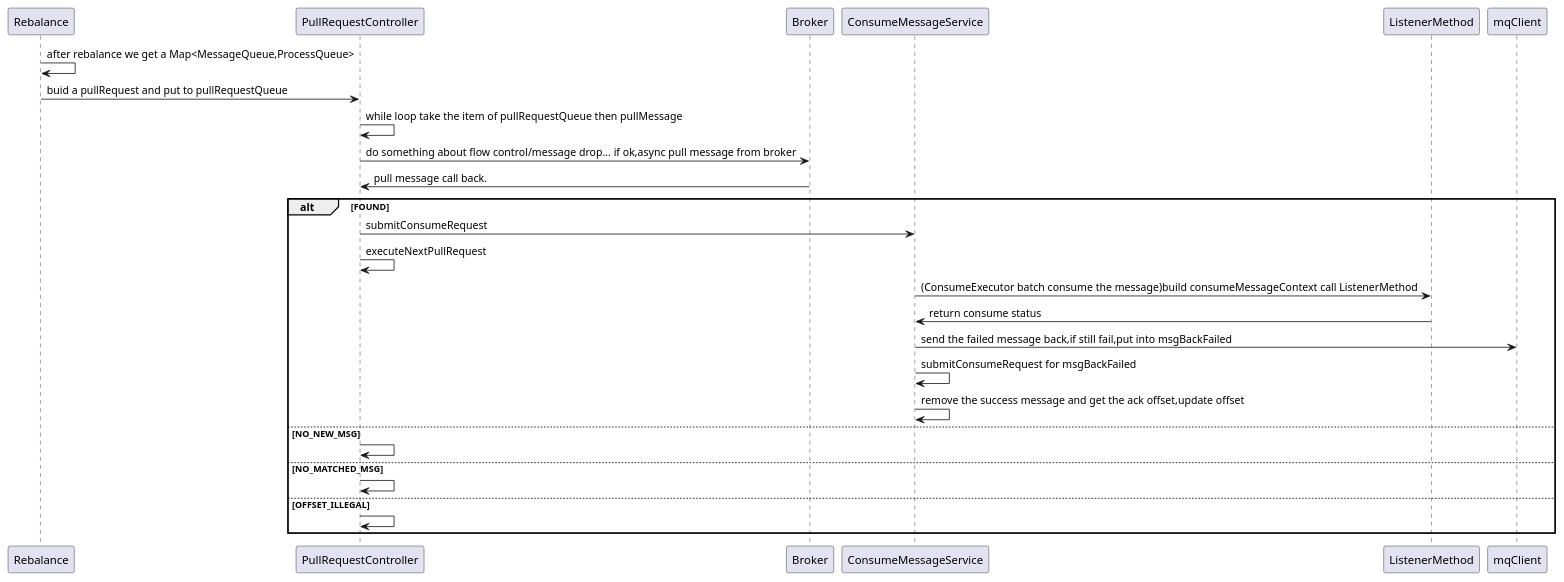
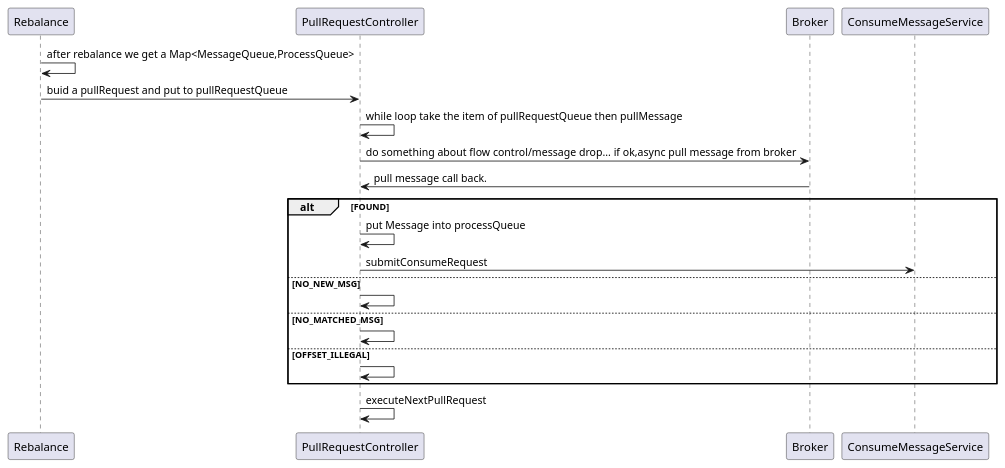
Before and after one commit to apache/rocketmq-externals: the diagram in rocketmq-go/docs/pull-message-timing-diagram.puml, drawn with PlantUML. The commit also changed 4 other files, not shown here.

```diff
--- a/rocketmq-go/docs/pull-message-timing-diagram.puml
+++ b/rocketmq-go/docs/pull-message-timing-diagram.puml
@@ -1,27 +1,19 @@
 @startuml
 Rebalance ->Rebalance:after rebalance we get a Map<MessageQueue,ProcessQueue>
 Rebalance -> PullRequestController :  buid a pullRequest and put to pullRequestQueue
 PullRequestController -> PullRequestController : while loop take the item of pullRequestQueue then pullMessage
 PullRequestController->Broker:do something about flow control/message drop... if ok,async pull message from broker
 Broker ->PullRequestController:pull message call back.
 alt FOUND
+PullRequestController->PullRequestController:put Message into processQueue
 PullRequestController->ConsumeMessageService:submitConsumeRequest
-PullRequestController->PullRequestController:executeNextPullRequest
-ConsumeMessageService->ListenerMethod:(ConsumeExecutor batch consume the message)build consumeMessageContext call ListenerMethod
-ListenerMethod->ConsumeMessageService:return consume status
-'alt CONSUME_SUCCESS
-'ConsumeMessageService->ConsumeMessageService:
-'else RECONSUME_LATER
-'end
-ConsumeMessageService->mqClient:send the failed message back,if still fail,put into msgBackFailed
-ConsumeMessageService->ConsumeMessageService:submitConsumeRequest for msgBackFailed
-
-ConsumeMessageService->ConsumeMessageService:remove the success message and get the ack offset,update offset
 else NO_NEW_MSG
 PullRequestController->PullRequestController
 else NO_MATCHED_MSG
 PullRequestController->PullRequestController
 else OFFSET_ILLEGAL
 PullRequestController->PullRequestController
 end
+PullRequestController->PullRequestController:executeNextPullRequest
+
 @enduml
```
